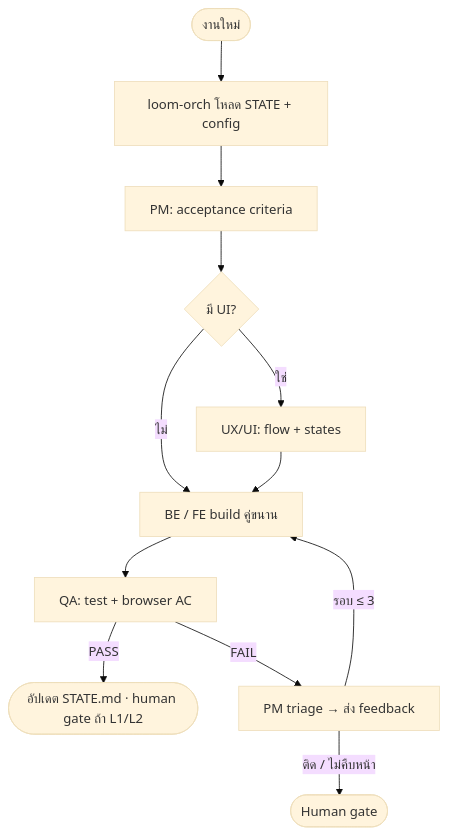
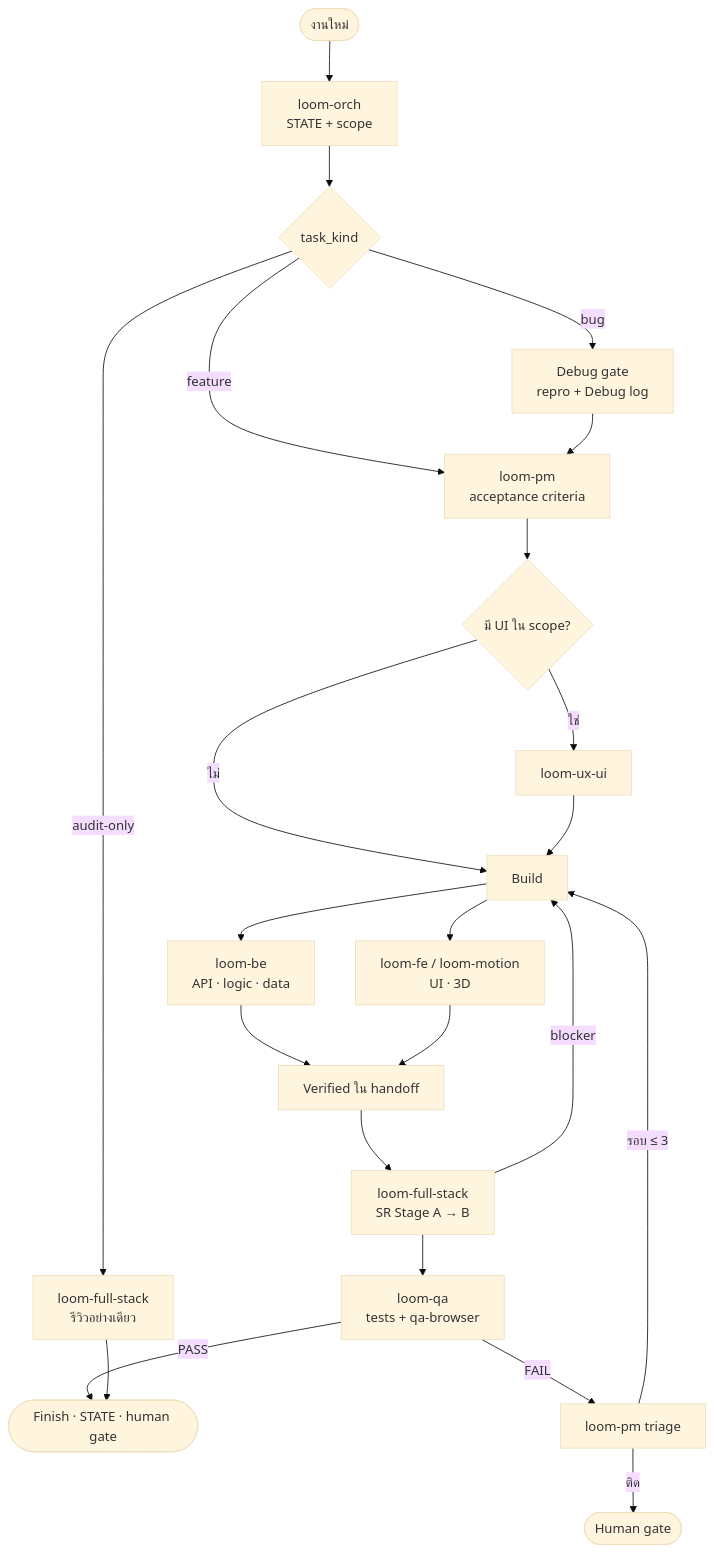
Before and after one commit to sukritnak/loom: the second of 5 diagrams in README-TH.full.md, drawn with Mermaid (base theme). The commit also changed other lines of this file and 20 other files, not shown here.

````diff
--- a/README-TH.full.md
+++ b/README-TH.full.md
@@ -260,14 +260,29 @@
 ```mermaid
 flowchart TD
-  A([งานใหม่]) --> B[loom-orch โหลด STATE + config]
-  B --> C[PM: acceptance criteria]
-  C --> D{มี UI?}
-  D -->|ใช่| E[UX/UI: flow + states]
-  D -->|ไม่| F
-  E --> F[BE / FE build คู่ขนาน]
-  F --> G[QA: test + browser AC]
-  G -->|PASS| H([อัปเดต STATE.md · human gate ถ้า L1/L2])
-  G -->|FAIL| I[PM triage → ส่ง feedback]
-  I -->|รอบ ≤ 3| F
-  I -->|ติด / ไม่คืบหน้า| J([Human gate])
+  START([งานใหม่]) --> ORCH[loom-orch<br/>STATE + scope]
+
+  ORCH --> KIND{task_kind}
+  KIND -->|bug| DBG[Debug gate<br/>repro + Debug log]
+  KIND -->|audit-only| FSREV[loom-full-stack<br/>รีวิวอย่างเดียว]
+  KIND -->|feature| PM
+
+  DBG --> PM[loom-pm<br/>acceptance criteria]
+  PM --> UI{มี UI ใน scope?}
+  UI -->|ใช่| UX[loom-ux-ui]
+  UI -->|ไม่| BUILD
+  UX --> BUILD[Build]
+
+  BUILD --> BE[loom-be<br/>API · logic · data]
+  BUILD --> FE[loom-fe / loom-motion<br/>UI · 3D]
+
+  BE --> VER[Verified ใน handoff]
+  FE --> VER
+  VER --> SR[loom-full-stack<br/>SR Stage A → B]
+  SR -->|blocker| BUILD
+  SR --> QA[loom-qa<br/>tests + qa-browser]
+  QA -->|PASS| DONE([Finish · STATE · human gate])
+  QA -->|FAIL| TRI[loom-pm triage]
+  TRI -->|รอบ ≤ 3| BUILD
+  TRI -->|ติด| HUMAN([Human gate])
+  FSREV --> DONE
 ```
````
